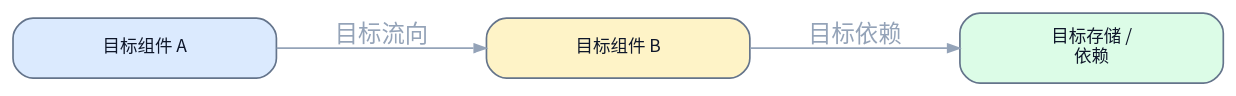
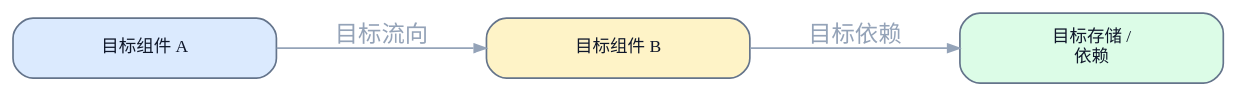
Before and after one commit to terencefan/inority-workspace: the second of 3 diagrams in skills/runbook/references/assets/authority-runbook-template.md, drawn with Graphviz. The commit also changed other lines of this file and 35 other files, not shown here.

````diff
--- a/skills/runbook/references/assets/authority-runbook-template.md
+++ b/skills/runbook/references/assets/authority-runbook-template.md
@@ -42,14 +42,14 @@
 ```dot
 digraph target {
-  graph [rankdir=LR, bgcolor="transparent", pad="0.45", nodesep="0.7", ranksep="0.95", fontname="Noto Sans CJK SC"];
-  node [shape=box, style="rounded,filled", margin="0.18,0.12", width="2.2", fontname="Noto Sans CJK SC", fontsize=10.5, color="#64748b", fontcolor="#0f172a", fillcolor="#f8fafc"];
-  edge [fontname="Noto Sans CJK SC", color="#94a3b8", fontcolor="#94a3b8", arrowsize="0.7"];
+  graph [rankdir=LR, bgcolor="transparent", pad="0.45", nodesep="0.7", ranksep="0.95"];
+  node [shape=box, style="rounded,filled", margin="0.18,0.12", width="2.2", fontsize=10.5, color="#64748b", fontcolor="#0f172a", fillcolor="#f8fafc"];
+  edge [color="#94a3b8", fontcolor="#94a3b8", arrowsize="0.7"];
 
   node_a [label="目标组件 A", fillcolor="#dbeafe"];
   node_b [label="目标组件 B", fillcolor="#fef3c7"];
   node_c [label="目标存储 /\n依赖", fillcolor="#dcfce7"];
 
   node_a -> node_b [label="目标流向"];
   node_b -> node_c [label="目标依赖"];
 }
 ```
````
